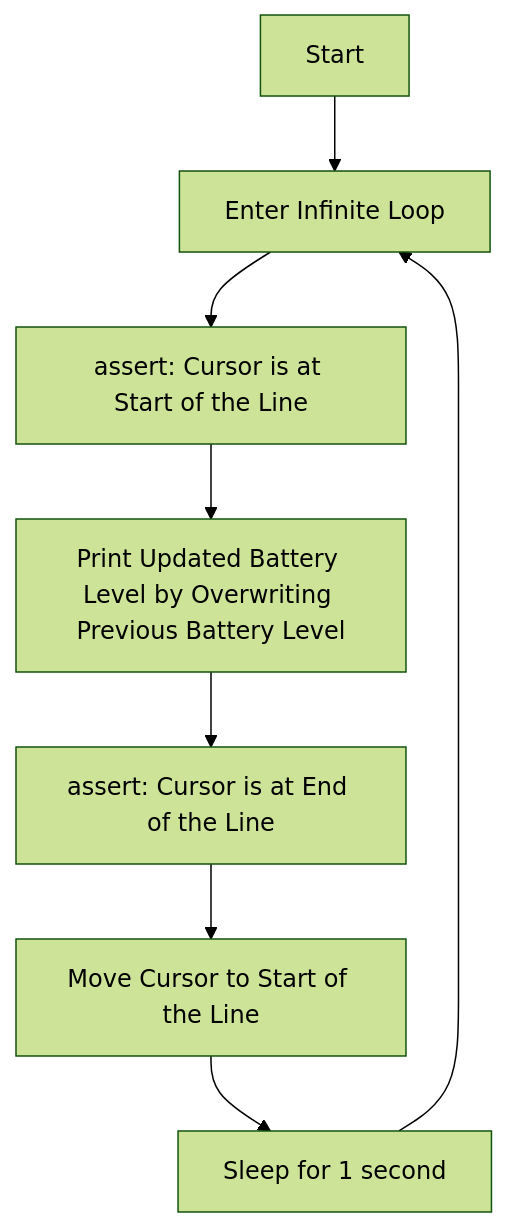
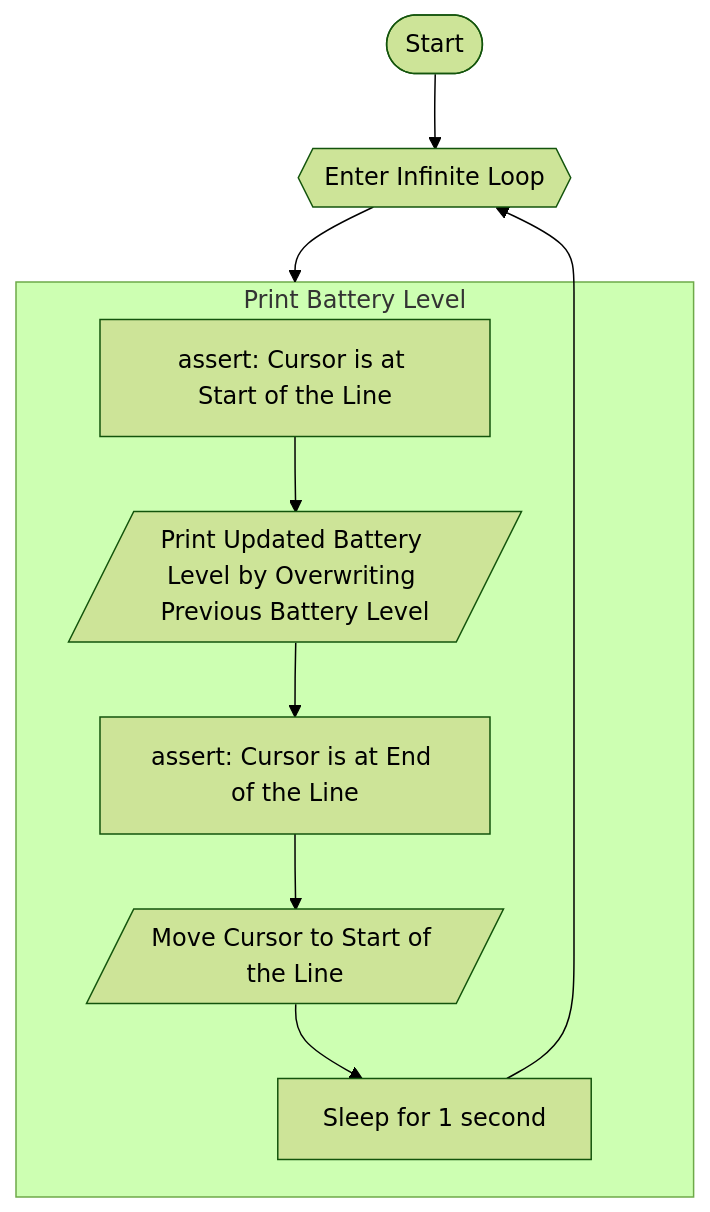
The second of 3 diagrams in README.md (WingTillDie/battery-level-wsl), drawn with Mermaid (forest theme) before and after one commit. The commit also changed other lines of this file, not shown here.

Commit message:
Add node shapes and subgraph

````diff
--- a/README.md
+++ b/README.md
@@ -35,16 +35,18 @@
 ```mermaid
 flowchart TD
-    Start --> For
-    For[Enter Infinite Loop]
-    For --> assert_cursor_start
-    assert_cursor_start[assert: Cursor is at Start of the Line]
-    assert_cursor_start --> Overwrite
-    Overwrite[Print Updated Battery Level by Overwriting Previous Battery Level]
-    Overwrite --> assert_cursor_end
-    assert_cursor_end[assert: Cursor is at End of the Line]
-    assert_cursor_end --> CR
-    CR[Move Cursor to Start of the Line]
-    CR --> Sleep
+    Start([Start]) --> For
+    For{{Enter Infinite Loop}}
+    subgraph Print[Print Battery Level]
+        assert_cursor_start[assert: Cursor is at Start of the Line]
+        assert_cursor_start --> Overwrite
+        Overwrite[/Print Updated Battery Level by Overwriting Previous Battery Level/]
+        Overwrite --> assert_cursor_end
+        assert_cursor_end[assert: Cursor is at End of the Line]
+        assert_cursor_end --> CR
+        CR[/Move Cursor to Start of the Line/]
+        CR --> Sleep
+        Sleep[Sleep for 1 second]
+    end
+    For --> Print
     Sleep --> For
-    Sleep[Sleep for 1 second]
 ```
````
